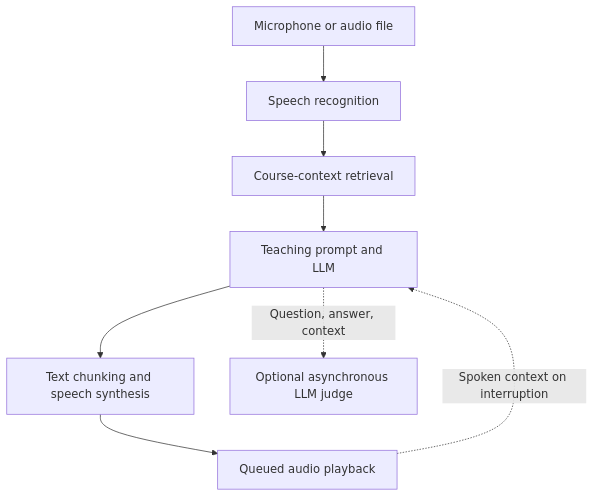
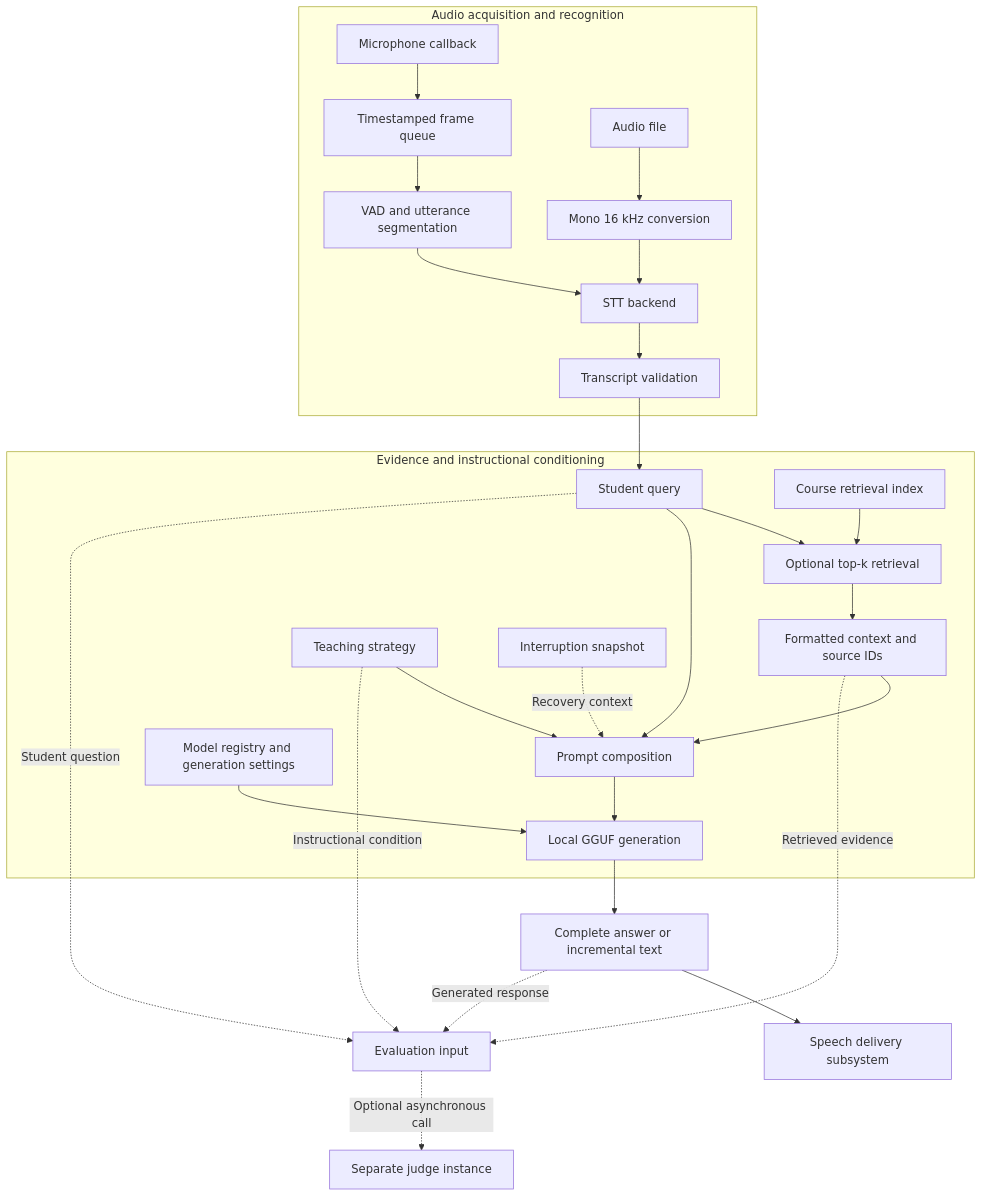
One commit to AmitaKashid/streamtutor_thesis changed the first of 3 diagrams in README.md. Above: the diagram before and after it, drawn with Mermaid. The commit also changed other lines of this file, not shown here.

First line of the commit message:
Revise README with new research questions and architecture

````diff
--- a/README.md
+++ b/README.md
@@ -18,10 +39,30 @@
 ```mermaid
 flowchart TD
-    A[Microphone or audio file] --> B[Speech recognition]
-    B --> C[Course-context retrieval]
-    C --> D[Teaching prompt and LLM]
-    D --> E[Text chunking and speech synthesis]
-    E --> F[Queued audio playback]
-    D -. Question, answer, context .-> G[Optional asynchronous LLM judge]
-    F -. Spoken context on interruption .-> D
+    subgraph Input[Audio acquisition and recognition]
+        MIC[Microphone callback] --> FR[Timestamped frame queue]
+        FR --> VAD[VAD and utterance segmentation]
+        FILE[Audio file] --> LOAD[Mono 16 kHz conversion]
+        VAD --> ASR[STT backend]
+        LOAD --> ASR
+        ASR --> FILTER[Transcript validation]
+    end
+    subgraph Reasoning[Evidence and instructional conditioning]
+        FILTER --> QUERY[Student query]
+        QUERY --> RET[Optional top-k retrieval]
+        INDEX[Course retrieval index] --> RET
+        RET --> CTX[Formatted context and source IDs]
+        CTX --> PROMPT[Prompt composition]
+        QUERY --> PROMPT
+        STYLE[Teaching strategy] --> PROMPT
+        SNAP[Interruption snapshot] -. Recovery context .-> PROMPT
+        PROMPT --> LLM[Local GGUF generation]
+        REG[Model registry and generation settings] --> LLM
+    end
+    LLM --> TEXT[Complete answer or incremental text]
+    TEXT --> SPEECH[Speech delivery subsystem]
+    TEXT -. Generated response .-> RECORD[Evaluation input]
+    CTX -. Retrieved evidence .-> RECORD
+    QUERY -. Student question .-> RECORD
+    STYLE -. Instructional condition .-> RECORD
+    RECORD -. Optional asynchronous call .-> JUDGE[Separate judge instance]
 ```
````
